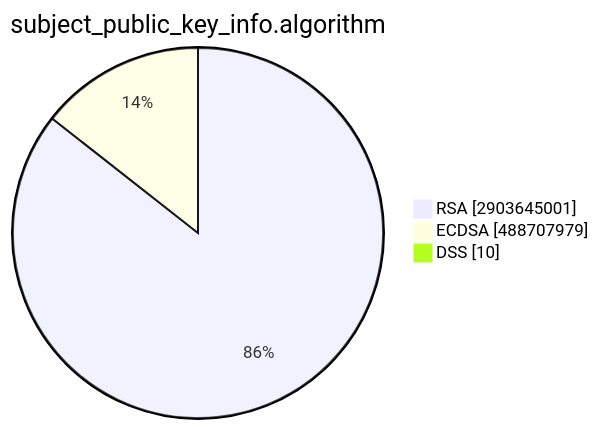
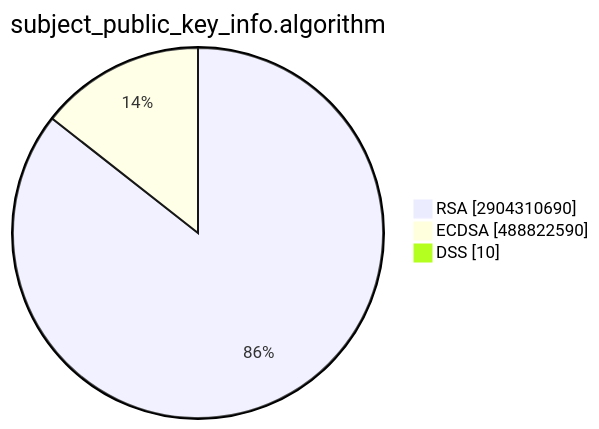
The second of 15 diagrams in TOTAL/README.md (christiankrug/ctmonitor_visualization), drawn with Mermaid before and after one commit. The commit also changed other lines of this file, not shown here.

````diff
--- a/TOTAL/README.md
+++ b/TOTAL/README.md
@@ -6,7 +6,7 @@
 ```mermaid
 pie showData
 title subject_public_key_info.algorithm
-"RSA" :2903645001
-"ECDSA" :488707979
+"RSA" :2904310690
+"ECDSA" :488822590
 "DSS" :10
 ```
````
